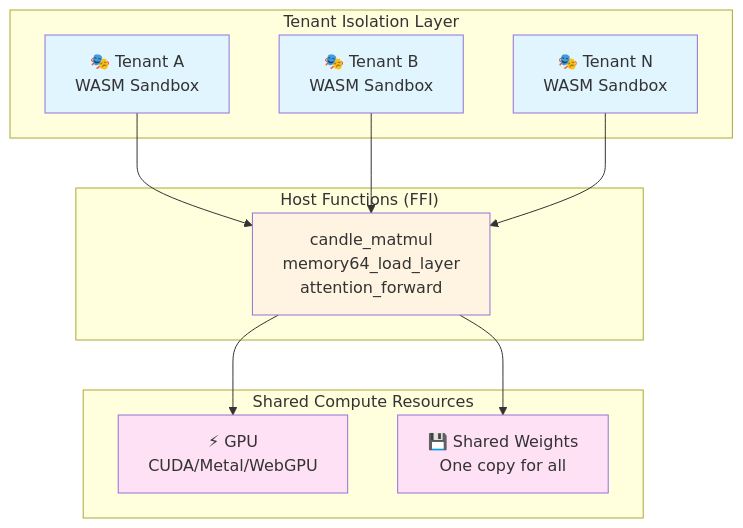
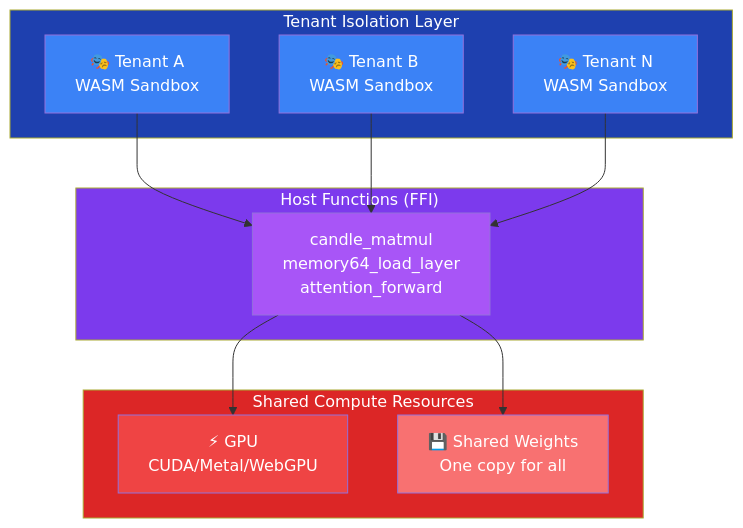
The second of 6 diagrams in README.md (Querent-ai/realm), drawn with Mermaid before and after one commit. The commit also changed other lines of this file, not shown here.

````diff
--- a/README.md
+++ b/README.md
@@ -62,29 +68,32 @@
 ```mermaid
 graph TB
     subgraph Tenants["Tenant Isolation Layer"]
         TA["🎭 Tenant A<br/>WASM Sandbox"]
         TB["🎭 Tenant B<br/>WASM Sandbox"]
         TN["🎭 Tenant N<br/>WASM Sandbox"]
-        style TA fill:#e1f5ff
-        style TB fill:#e1f5ff
-        style TN fill:#e1f5ff
+        style Tenants fill:#1e40af,color:#fff
+        style TA fill:#3b82f6,color:#fff
+        style TB fill:#3b82f6,color:#fff
+        style TN fill:#3b82f6,color:#fff
     end
     
     subgraph Host["Host Functions (FFI)"]
         HF["candle_matmul<br/>memory64_load_layer<br/>attention_forward"]
-        style HF fill:#fff4e1
+        style Host fill:#7c3aed,color:#fff
+        style HF fill:#a855f7,color:#fff
     end
     
     subgraph Shared["Shared Compute Resources"]
         GPU["⚡ GPU<br/>CUDA/Metal/WebGPU"]
         MEM["💾 Shared Weights<br/>One copy for all"]
-        style GPU fill:#ffe1f5
-        style MEM fill:#ffe1f5
+        style Shared fill:#dc2626,color:#fff
+        style GPU fill:#ef4444,color:#fff
+        style MEM fill:#f87171,color:#fff
     end
     
     TA --> HF
     TB --> HF
     TN --> HF
     HF --> GPU
     HF --> MEM
 ```
````
